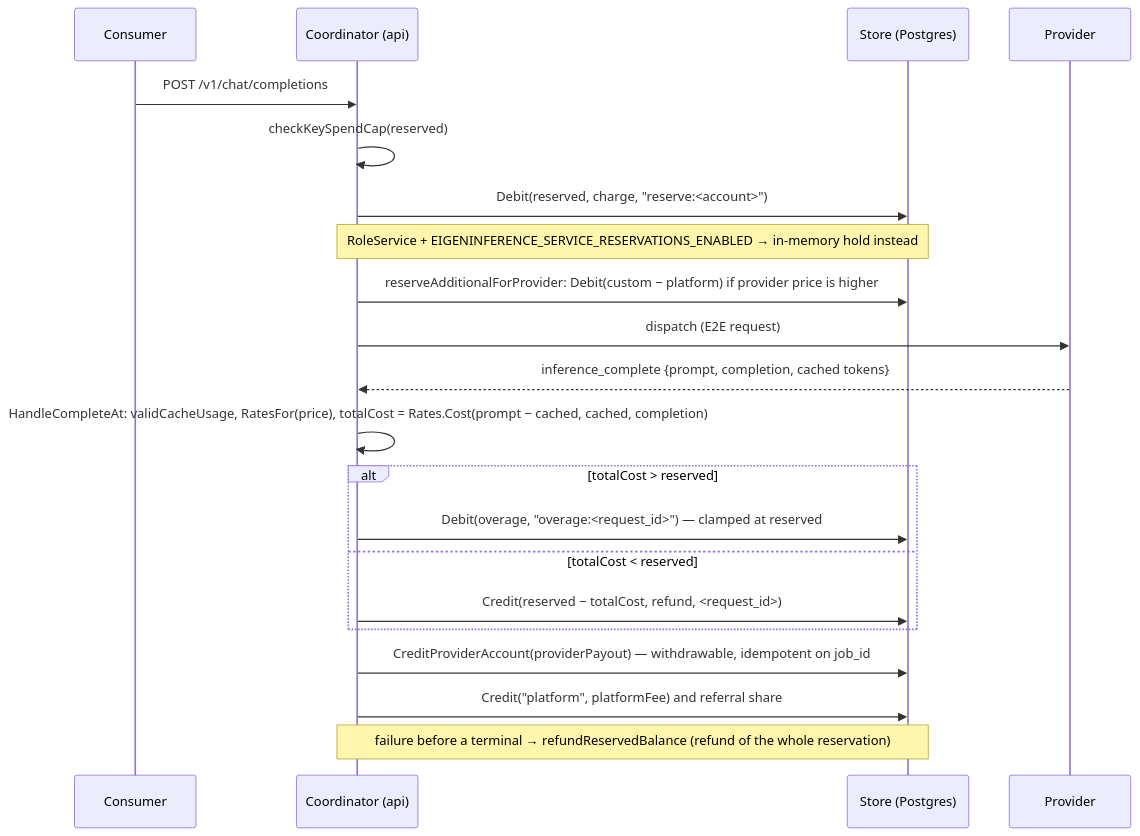
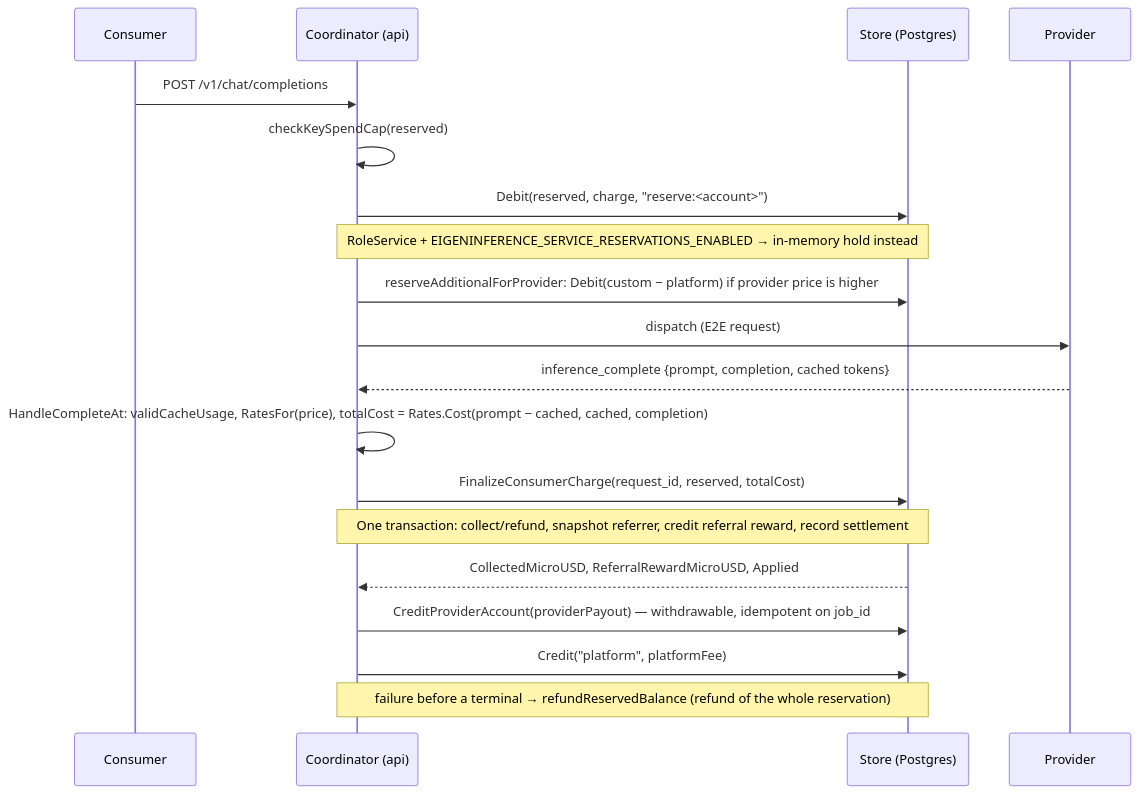
The diagram in docs/architecture/billing.md (Layr-Labs/d-inference), drawn with Mermaid before and after one commit. The commit also changed other lines of this file and 104 other files, not shown here.

First line of the commit message:
Add Open Sales Program with 5% consumer referral rewards (#859)

````diff
--- a/docs/architecture/billing.md
+++ b/docs/architecture/billing.md
@@ -56,23 +56,21 @@
 ```mermaid
 sequenceDiagram
   participant C as Consumer
   participant A as Coordinator (api)
   participant S as Store (Postgres)
   participant P as Provider
   C->>A: POST /v1/chat/completions
   A->>A: checkKeySpendCap(reserved)
   A->>S: Debit(reserved, charge, "reserve:<account>")
   Note over A,S: RoleService + EIGENINFERENCE_SERVICE_RESERVATIONS_ENABLED → in-memory hold instead
   A->>S: reserveAdditionalForProvider: Debit(custom − platform) if provider price is higher
   A->>P: dispatch (E2E request)
   P-->>A: inference_complete {prompt, completion, cached tokens}
   A->>A: HandleCompleteAt: validCacheUsage, RatesFor(price), totalCost = Rates.Cost(prompt − cached, cached, completion)
-  alt totalCost > reserved
-    A->>S: Debit(overage, "overage:<request_id>") — clamped at reserved
-  else totalCost < reserved
-    A->>S: Credit(reserved − totalCost, refund, <request_id>)
-  end
+  A->>S: FinalizeConsumerCharge(request_id, reserved, totalCost)
+  Note over A,S: One transaction: collect/refund, snapshot referrer, credit referral reward, record settlement
+  S-->>A: CollectedMicroUSD, ReferralRewardMicroUSD, Applied
   A->>S: CreditProviderAccount(providerPayout) — withdrawable, idempotent on job_id
-  A->>S: Credit("platform", platformFee) and referral share
+  A->>S: Credit("platform", platformFee)
   Note over A,S: failure before a terminal → refundReservedBalance (refund of the whole reservation)
 ```
````
